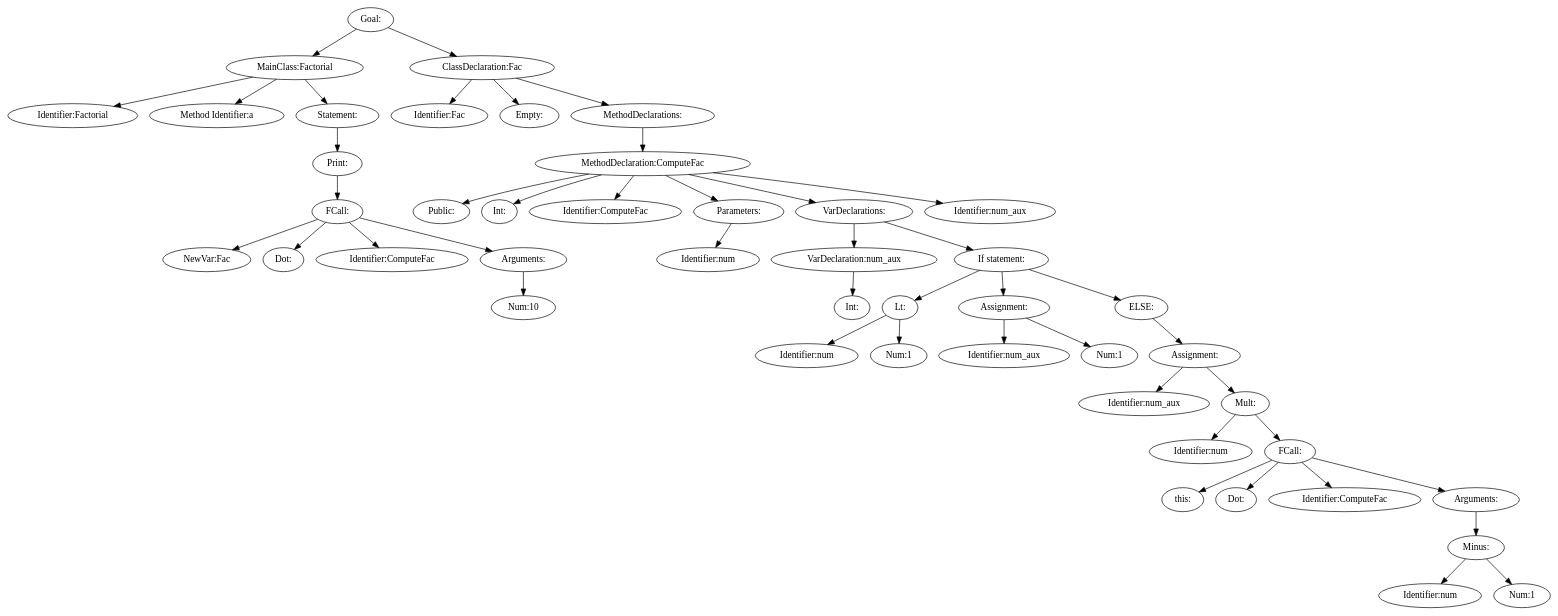
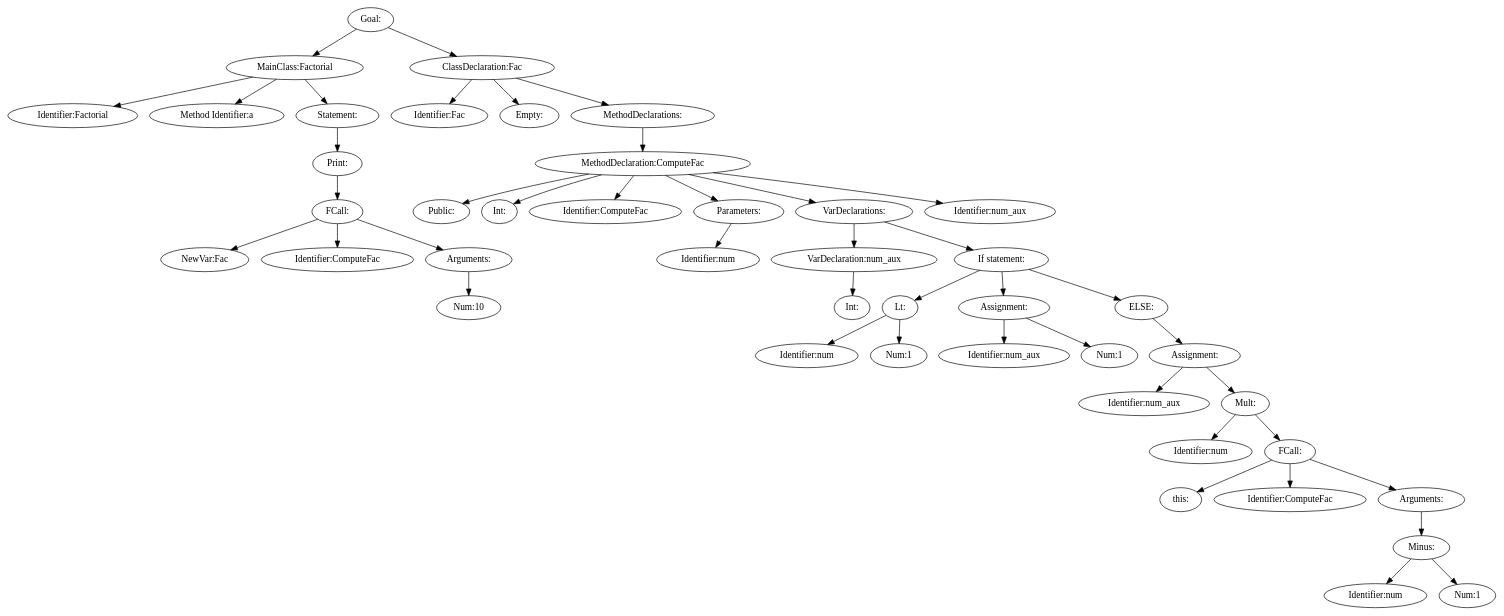
The diagram in assignment2/assignment/temp_dot_files/valid/factorial.java.dot (JakobAdamsson/Compiler-and-translation-technique), drawn with Graphviz before and after one commit. The commit also changed 150 other files, not shown here.

```diff
--- a/assignment2/assignment/temp_dot_files/valid/factorial.java.dot
+++ b/assignment2/assignment/temp_dot_files/valid/factorial.java.dot
@@ -1,93 +1,89 @@
 digraph {
 n0 [label="Goal:"];
 n1 [label="MainClass:Factorial"];
 n2 [label="Identifier:Factorial"];
 n1 -> n2
 n3 [label="Method Identifier:a"];
 n1 -> n3
 n4 [label="Statement:"];
 n5 [label="Print:"];
 n6 [label="FCall:"];
 n7 [label="NewVar:Fac"];
 n6 -> n7
-n8 [label="Dot:"];
+n8 [label="Identifier:ComputeFac"];
 n6 -> n8
-n9 [label="Identifier:ComputeFac"];
+n9 [label="Arguments:"];
+n10 [label="Num:10"];
+n9 -> n10
 n6 -> n9
-n10 [label="Arguments:"];
-n11 [label="Num:10"];
-n10 -> n11
-n6 -> n10
 n5 -> n6
 n4 -> n5
 n1 -> n4
 n0 -> n1
-n12 [label="ClassDeclaration:Fac"];
-n13 [label="Identifier:Fac"];
-n12 -> n13
-n14 [label="Empty:"];
-n12 -> n14
-n15 [label="MethodDeclarations:"];
-n16 [label="MethodDeclaration:ComputeFac"];
-n17 [label="Public:"];
-n16 -> n17
-n18 [label="Int:"];
-n16 -> n18
-n19 [label="Identifier:ComputeFac"];
-n16 -> n19
-n20 [label="Parameters:"];
-n21 [label="Identifier:num"];
-n20 -> n21
-n16 -> n20
-n22 [label="VarDeclarations:"];
-n23 [label="VarDeclaration:num_aux"];
-n24 [label="Int:"];
-n23 -> n24
+n11 [label="ClassDeclaration:Fac"];
+n12 [label="Identifier:Fac"];
+n11 -> n12
+n13 [label="Empty:"];
+n11 -> n13
+n14 [label="MethodDeclarations:"];
+n15 [label="MethodDeclaration:ComputeFac"];
+n16 [label="Public:"];
+n15 -> n16
+n17 [label="Int:"];
+n15 -> n17
+n18 [label="Identifier:ComputeFac"];
+n15 -> n18
+n19 [label="Parameters:"];
+n20 [label="Identifier:num"];
+n19 -> n20
+n15 -> n19
+n21 [label="VarDeclarations:"];
+n22 [label="VarDeclaration:num_aux"];
+n23 [label="Int:"];
 n22 -> n23
-n25 [label="If statement:"];
-n26 [label="Lt:"];
-n27 [label="Identifier:num"];
-n26 -> n27
-n28 [label="Num:1"];
-n26 -> n28
+n21 -> n22
+n24 [label="If statement:"];
+n25 [label="Lt:"];
+n26 [label="Identifier:num"];
 n25 -> n26
-n29 [label="Assignment:"];
-n30 [label="Identifier:num_aux"];
-n29 -> n30
-n31 [label="Num:1"];
-n29 -> n31
-n25 -> n29
-n32 [label="ELSE:"];
-n33 [label="Assignment:"];
-n34 [label="Identifier:num_aux"];
-n33 -> n34
-n35 [label="Mult:"];
-n36 [label="Identifier:num"];
-n35 -> n36
-n37 [label="FCall:"];
-n38 [label="this:"];
-n37 -> n38
-n39 [label="Dot:"];
-n37 -> n39
-n40 [label="Identifier:ComputeFac"];
-n37 -> n40
-n41 [label="Arguments:"];
-n42 [label="Minus:"];
-n43 [label="Identifier:num"];
-n42 -> n43
-n44 [label="Num:1"];
-n42 -> n44
-n41 -> n42
-n37 -> n41
-n35 -> n37
-n33 -> n35
+n27 [label="Num:1"];
+n25 -> n27
+n24 -> n25
+n28 [label="Assignment:"];
+n29 [label="Identifier:num_aux"];
+n28 -> n29
+n30 [label="Num:1"];
+n28 -> n30
+n24 -> n28
+n31 [label="ELSE:"];
+n32 [label="Assignment:"];
+n33 [label="Identifier:num_aux"];
 n32 -> n33
-n25 -> n32
-n22 -> n25
-n16 -> n22
-n45 [label="Identifier:num_aux"];
-n16 -> n45
-n15 -> n16
-n12 -> n15
-n0 -> n12
+n34 [label="Mult:"];
+n35 [label="Identifier:num"];
+n34 -> n35
+n36 [label="FCall:"];
+n37 [label="this:"];
+n36 -> n37
+n38 [label="Identifier:ComputeFac"];
+n36 -> n38
+n39 [label="Arguments:"];
+n40 [label="Minus:"];
+n41 [label="Identifier:num"];
+n40 -> n41
+n42 [label="Num:1"];
+n40 -> n42
+n39 -> n40
+n36 -> n39
+n34 -> n36
+n32 -> n34
+n31 -> n32
+n24 -> n31
+n21 -> n24
+n15 -> n21
+n43 [label="Identifier:num_aux"];
+n15 -> n43
+n14 -> n15
+n11 -> n14
+n0 -> n11
 }
```
